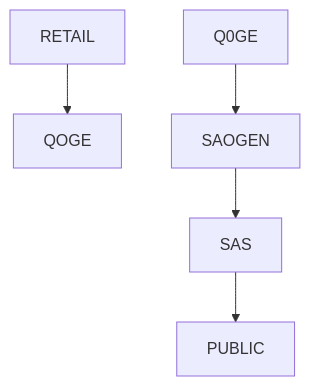
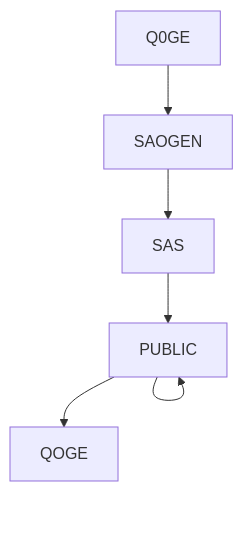
One commit to iondns/SAOGEN changed the diagram in README.md. Above: the diagram before and after it, drawn with Mermaid.

````diff
--- a/README.md
+++ b/README.md
@@ -71,8 +71,9 @@
 ```mermaid
 graph TD;
-    RETAIL-->QOGE;
+    PUBLIC-->QOGE;
     Q0GE-->SAOGEN;
     SAOGEN-->SAS;
     SAS-->PUBLIC;
+   PUBLIC-->PUBLIC;
    
 ```
````
